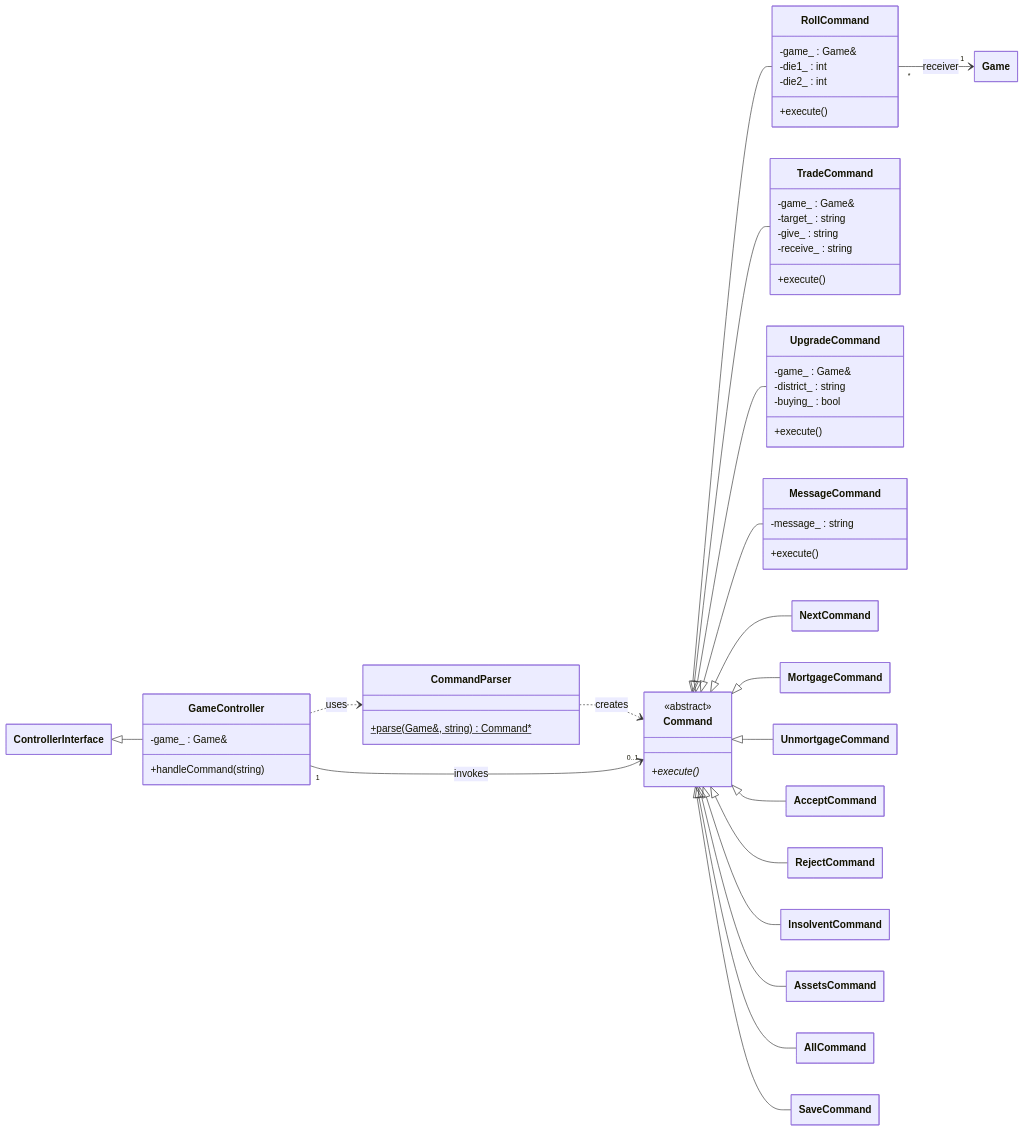
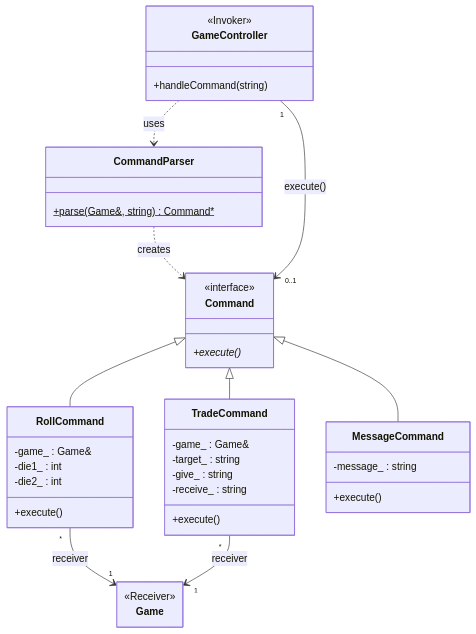
Before and after one commit to jasmehar-k/hungry-hungry-capitalists: the fifth of 7 diagrams in uml.md, drawn with Mermaid. The commit also changed other lines of this file and 8 other files, not shown here.

Commit message:
redraw uml per pattern with minimal detail to show each pattern uniqueness

````diff
--- a/uml.md
+++ b/uml.md
@@ -268,64 +221,50 @@
 ```mermaid
 ---
 config:
   class:
     hideEmptyMembersBox: true
 ---
 classDiagram
-    direction LR
+    direction TB
 
-    class Command {
-        <<abstract>>
-        +execute()*
+    class GameController {
+        <<Invoker>>
+        +handleCommand(string)
     }
     class CommandParser {
         +parse(Game&, string) Command*$
     }
-    class GameController {
-        +handleCommand(string)
-        -game_ : Game&
+    class Command {
+        <<interface>>
+        +execute()*
     }
     class RollCommand {
         +execute()
         -game_ : Game&
         -die1_ : int
         -die2_ : int
     }
     class TradeCommand {
         +execute()
         -game_ : Game&
         -target_ : string
         -give_ : string
         -receive_ : string
     }
-    class UpgradeCommand {
-        +execute()
-        -game_ : Game&
-        -district_ : string
-        -buying_ : bool
-    }
     class MessageCommand {
         +execute()
         -message_ : string
     }
+    class Game {
+        <<Receiver>>
+    }
 
     Command <|-- RollCommand
-    Command <|-- NextCommand
-    Command <|-- MortgageCommand
-    Command <|-- UnmortgageCommand
-    Command <|-- UpgradeCommand
     Command <|-- TradeCommand
-    Command <|-- AcceptCommand
-    Command <|-- RejectCommand
-    Command <|-- InsolventCommand
-    Command <|-- AssetsCommand
-    Command <|-- AllCommand
-    Command <|-- SaveCommand
     Command <|-- MessageCommand
-
-    ControllerInterface <|-- GameController
     GameController ..> CommandParser : uses
     CommandParser ..> Command : creates
-    GameController "1" --> "0..1" Command : invokes
+    GameController "1" --> "0..1" Command : execute()
     RollCommand "*" --> "1" Game : receiver
+    TradeCommand "*" --> "1" Game : receiver
 ```
````
